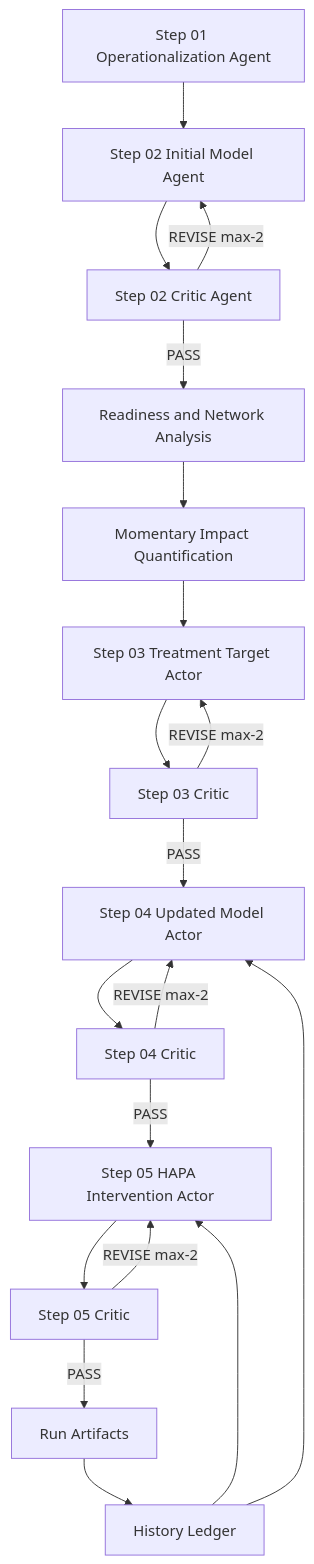
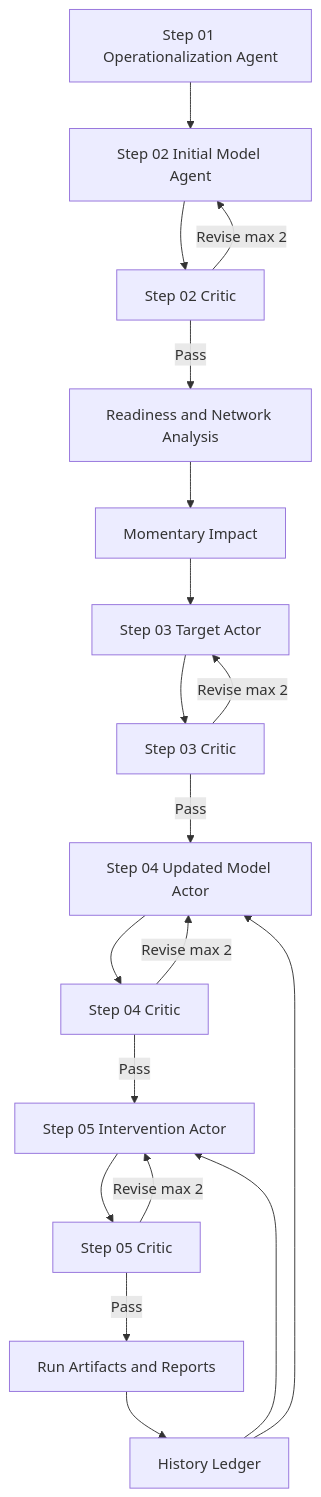
Before and after one commit to stvsever/ThesisMaster: the diagram in src/overview/README.md, drawn with Mermaid. The commit also changed other lines of this file and 14 other files, not shown here.

````diff
--- a/src/overview/README.md
+++ b/src/overview/README.md
@@ -19,21 +17,21 @@
 ```mermaid
 flowchart TD
     A["Step 01 Operationalization Agent"] --> B["Step 02 Initial Model Agent"]
-    B --> Bc["Step 02 Critic Agent"]
-    Bc -->|"REVISE max-2"| B
-    Bc -->|"PASS"| C["Readiness and Network Analysis"]
-    C --> D["Momentary Impact Quantification"]
-    D --> E["Step 03 Treatment Target Actor"]
+    B --> Bc["Step 02 Critic"]
+    Bc -->|"Revise max 2"| B
+    Bc -->|"Pass"| C["Readiness and Network Analysis"]
+    C --> D["Momentary Impact"]
+    D --> E["Step 03 Target Actor"]
     E --> Ec["Step 03 Critic"]
-    Ec -->|"REVISE max-2"| E
-    Ec -->|"PASS"| F["Step 04 Updated Model Actor"]
+    Ec -->|"Revise max 2"| E
+    Ec -->|"Pass"| F["Step 04 Updated Model Actor"]
     F --> Fc["Step 04 Critic"]
-    Fc -->|"REVISE max-2"| F
-    Fc -->|"PASS"| G["Step 05 HAPA Intervention Actor"]
+    Fc -->|"Revise max 2"| F
+    Fc -->|"Pass"| G["Step 05 Intervention Actor"]
     G --> Gc["Step 05 Critic"]
-    Gc -->|"REVISE max-2"| G
-    Gc -->|"PASS"| H["Run Artifacts"]
+    Gc -->|"Revise max 2"| G
+    Gc -->|"Pass"| H["Run Artifacts and Reports"]
     H --> I["History Ledger"]
     I --> F
     I --> G
 ```
````
